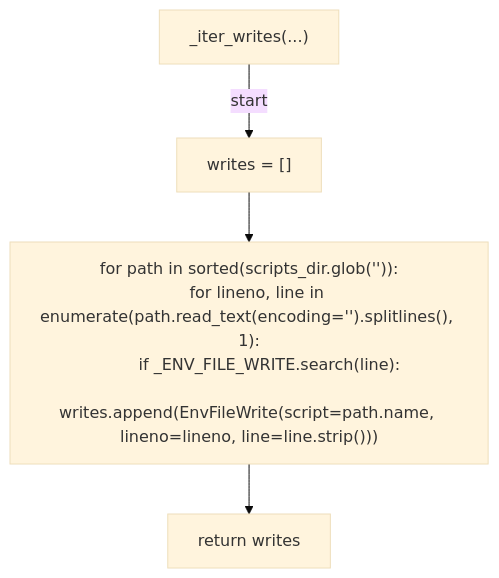
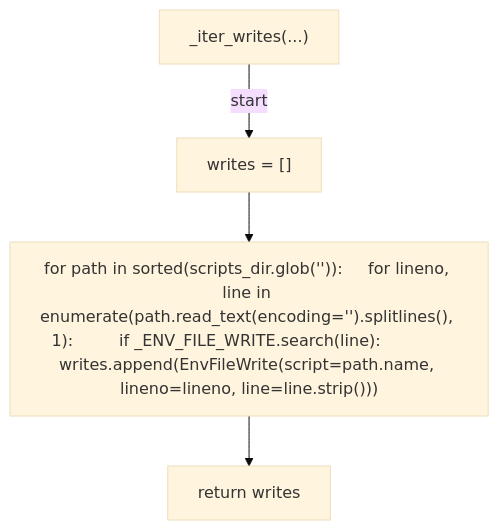
The first of 6 diagrams in docs/generated/scripts/ast/scan_session_path_drift.md (tvna/claude-md), drawn with Mermaid (base theme) before and after one commit. The commit also changed other lines of this file and 23 other files, not shown here.

First line of the commit message:
docs(generated): regenerate decision tree and workflow diagrams (batch 4/5)

````diff
--- a/docs/generated/scripts/ast/scan_session_path_drift.md
+++ b/docs/generated/scripts/ast/scan_session_path_drift.md
@@ -7,13 +7,10 @@
 ```mermaid
 flowchart TD
     N001["_iter_writes(...)"]
     N002["writes = []"]
-    N003["for path in sorted(scripts_dir.glob('<str>')):
-    for lineno, line in enumerate(path.read_text(encoding='<str>').splitlines(), 1):
-        if _ENV_FILE_WRITE.search(line):
-            writes.append(EnvFileWrite(script=path.name, lineno=lineno, line=line.strip()))"]
+    N003["for path in sorted(scripts_dir.glob('<str>')):     for lineno, line in enumerate(path.read_text(encoding='<str>').splitlines(), 1):         if _ENV_FILE_WRITE.search(line):             writes.append(EnvFileWrite(script=path.name, lineno=lineno, line=line.strip()))"]
     N004["return writes"]
     N001 -->|"start"| N002
     N002 --> N003
     N003 --> N004
 ```
````
